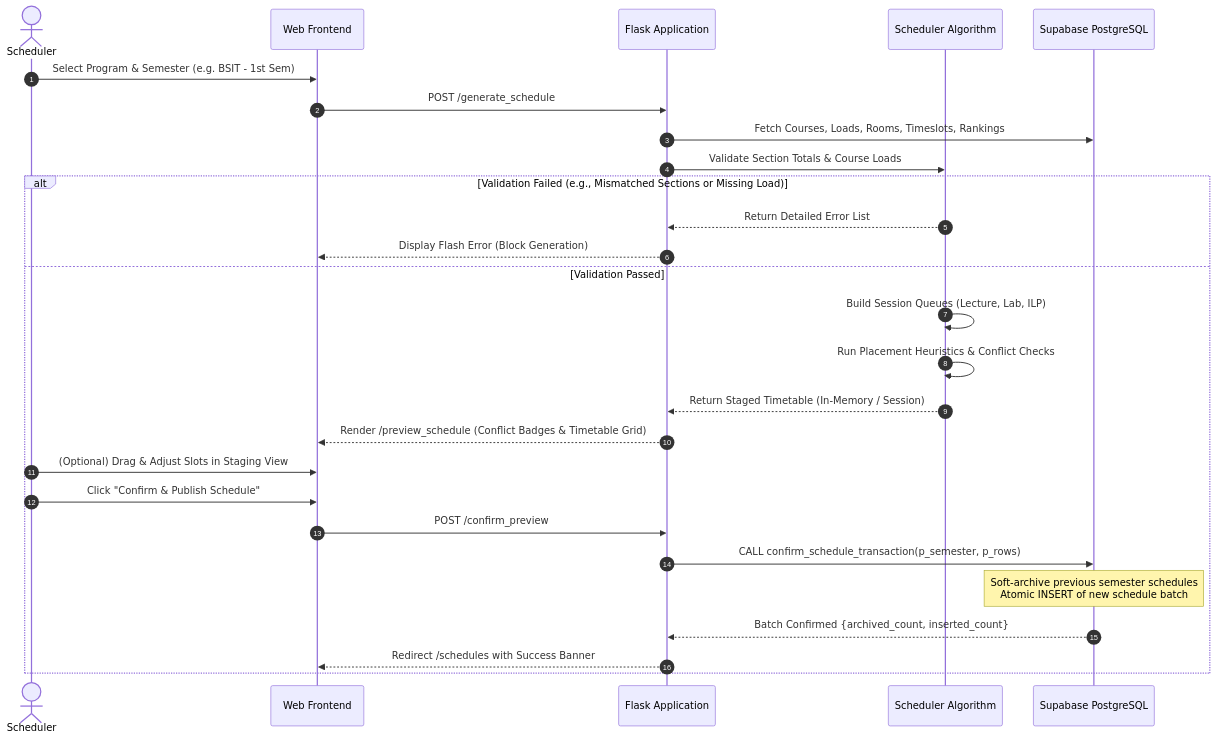
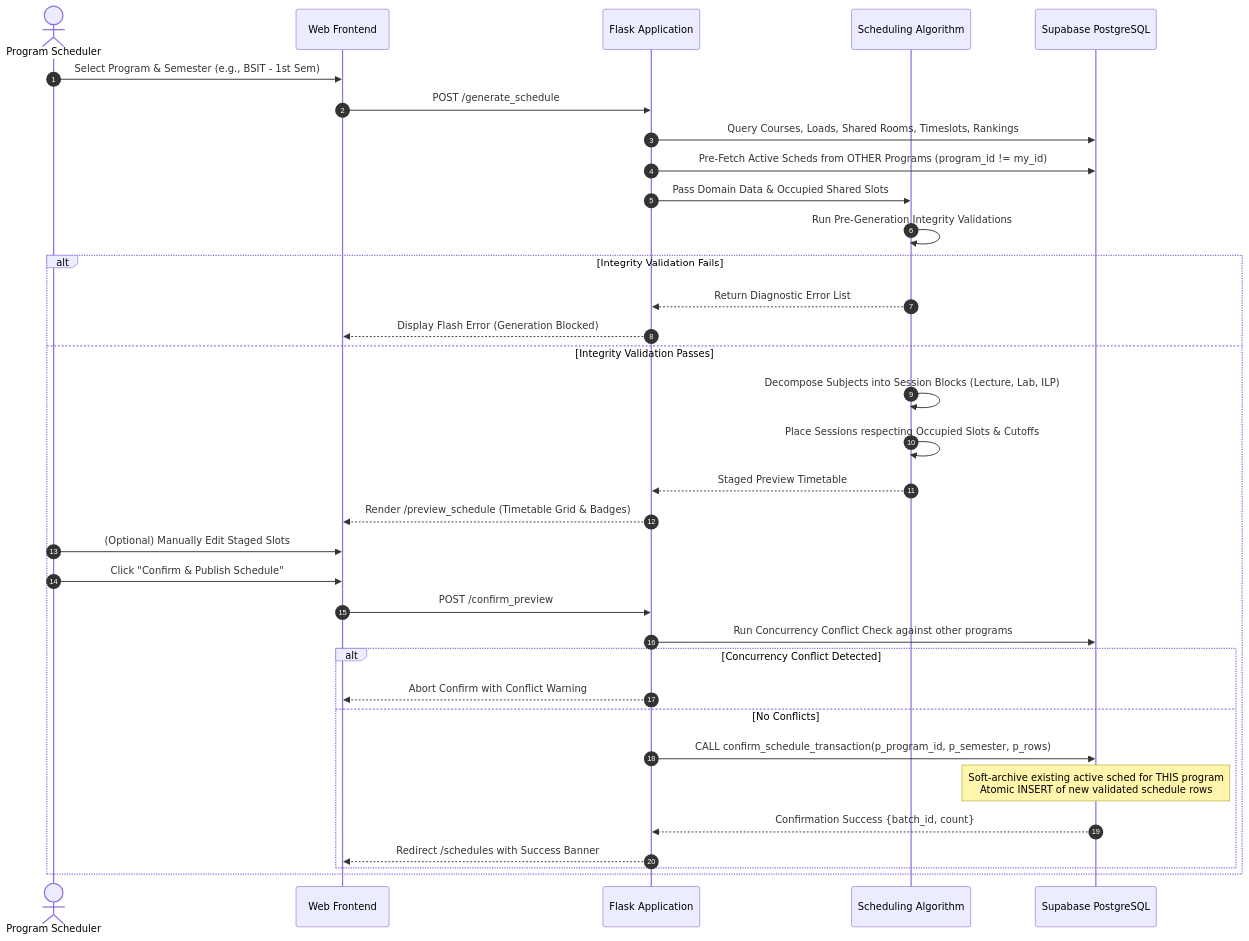
One commit to YANAMI03/ClassScheduling changed the fourth of 5 diagrams in PRD.md. Above: the diagram before and after it, drawn with Mermaid. The commit also changed other lines of this file and 36 other files, not shown here.

````diff
--- a/PRD.md
+++ b/PRD.md
@@ -307,30 +405,37 @@
 ```mermaid
 sequenceDiagram
     autonumber
-    actor S as Scheduler
+    actor S as Program Scheduler
     participant UI as Web Frontend
     participant App as Flask Application
-    participant Engine as Scheduler Algorithm
+    participant Engine as Scheduling Algorithm
     participant DB as Supabase PostgreSQL
 
-    S->>UI: Select Program & Semester (e.g. BSIT - 1st Sem)
+    S->>UI: Select Program & Semester (e.g., BSIT - 1st Sem)
     UI->>App: POST /generate_schedule
-    App->>DB: Fetch Courses, Loads, Rooms, Timeslots, Rankings
-    App->>Engine: Validate Section Totals & Course Loads
-    alt Validation Failed (e.g., Mismatched Sections or Missing Load)
-        Engine-->>App: Return Detailed Error List
-        App-->>UI: Display Flash Error (Block Generation)
-    else Validation Passed
-        Engine->>Engine: Build Session Queues (Lecture, Lab, ILP)
-        Engine->>Engine: Run Placement Heuristics & Conflict Checks
-        Engine-->>App: Return Staged Timetable (In-Memory / Session)
-        App-->>UI: Render /preview_schedule (Conflict Badges & Timetable Grid)
-        S->>UI: (Optional) Drag & Adjust Slots in Staging View
+    App->>DB: Query Courses, Loads, Shared Rooms, Timeslots, Rankings
+    App->>DB: Pre-Fetch Active Scheds from OTHER Programs (program_id != my_id)
+    App->>Engine: Pass Domain Data & Occupied Shared Slots
+    Engine->>Engine: Run Pre-Generation Integrity Validations
+    alt Integrity Validation Fails
+        Engine-->>App: Return Diagnostic Error List
+        App-->>UI: Display Flash Error (Generation Blocked)
+    else Integrity Validation Passes
+        Engine->>Engine: Decompose Subjects into Session Blocks (Lecture, Lab, ILP)
+        Engine->>Engine: Place Sessions respecting Occupied Slots & Cutoffs
+        Engine-->>App: Staged Preview Timetable
+        App-->>UI: Render /preview_schedule (Timetable Grid & Badges)
+        S->>UI: (Optional) Manually Edit Staged Slots
         S->>UI: Click "Confirm & Publish Schedule"
         UI->>App: POST /confirm_preview
-        App->>DB: CALL confirm_schedule_transaction(p_semester, p_rows)
-        Note over DB: Soft-archive previous semester schedules<br/>Atomic INSERT of new schedule batch
-        DB-->>App: Batch Confirmed {archived_count, inserted_count}
-        App-->>UI: Redirect /schedules with Success Banner
+        App->>DB: Run Concurrency Conflict Check against other programs
+        alt Concurrency Conflict Detected
+            App-->>UI: Abort Confirm with Conflict Warning
+        else No Conflicts
+            App->>DB: CALL confirm_schedule_transaction(p_program_id, p_semester, p_rows)
+            Note over DB: Soft-archive existing active sched for THIS program<br/>Atomic INSERT of new validated schedule rows
+            DB-->>App: Confirmation Success {batch_id, count}
+            App-->>UI: Redirect /schedules with Success Banner
+        end
     end
 ```
````
